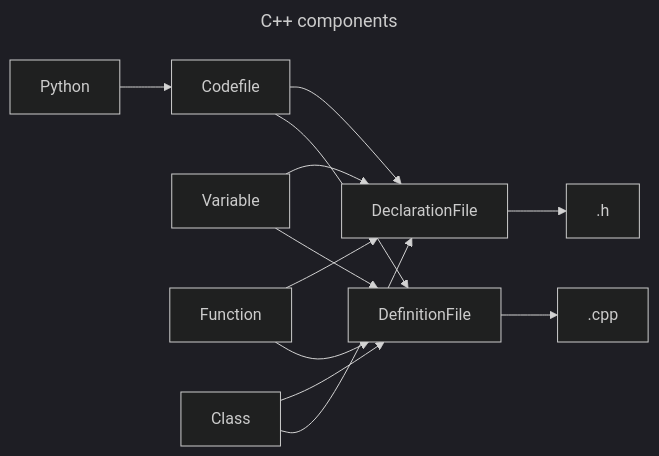
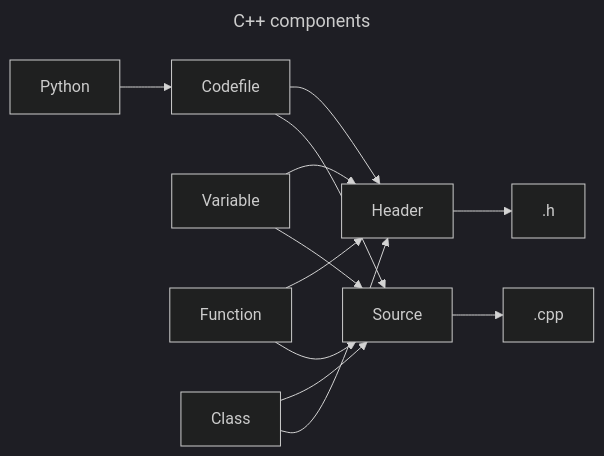
The diagram in DEVELOPERS.md (erichschroeter/code_generator), drawn with Mermaid (dark theme) before and after one commit.

Commit message:
docs: updated flowchart

````diff
--- a/DEVELOPERS.md
+++ b/DEVELOPERS.md
@@ -7,17 +7,17 @@
 ```mermaid
 ---
 title: C++ components
 ---
 flowchart LR
     Python --> Codefile
-    Codefile --> DeclarationFile
-    Codefile --> DefinitionFile
-    Variable --> DeclarationFile
-    Function --> DeclarationFile
-    Class --> DefinitionFile
-    Variable --> DefinitionFile
-    Function --> DefinitionFile
-    Class --> DeclarationFile
-    DefinitionFile --> .cpp
-    DeclarationFile --> .h
+    Codefile --> Header
+    Codefile --> Source
+    Variable --> Header
+    Function --> Header
+    Class --> Source
+    Variable --> Source
+    Function --> Source
+    Class --> Header
+    Source --> .cpp
+    Header --> .h
 ```
````
